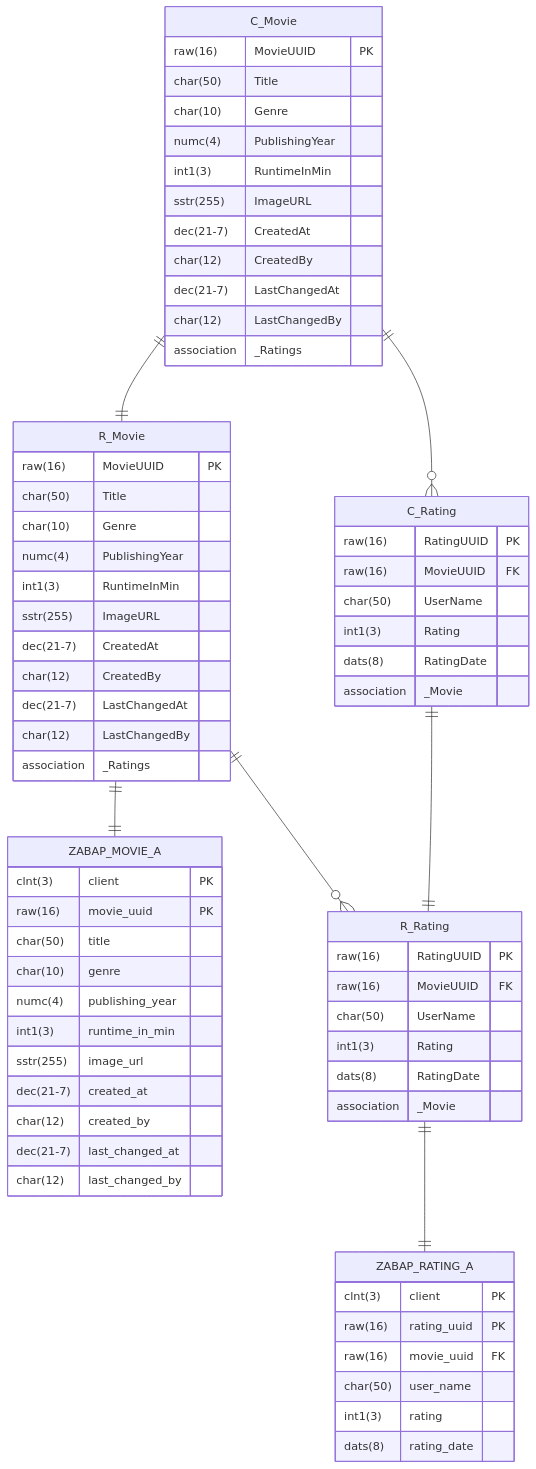
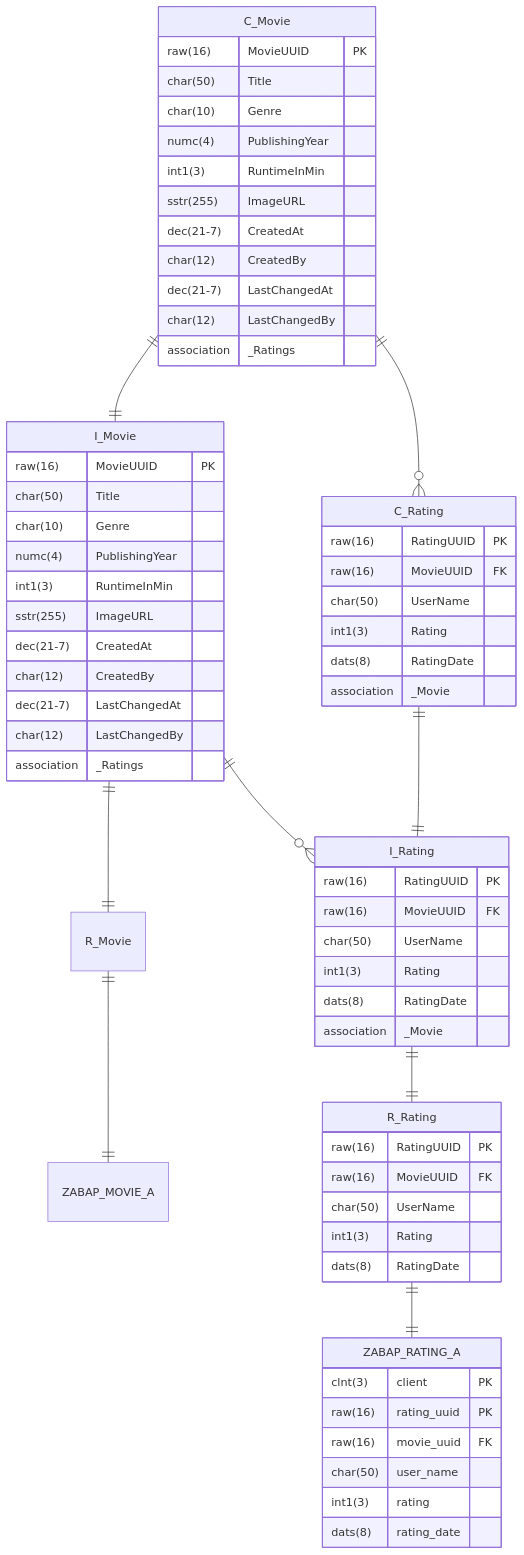
The diagram in docs/exercises/rap/rap-02.md (appenmaier/s4hana), drawn with Mermaid before and after one commit. The commit also changed other lines of this file and 4 other files, not shown here.

````diff
--- a/docs/exercises/rap/rap-02.md
+++ b/docs/exercises/rap/rap-02.md
@@ -16,78 +16,74 @@
 ```mermaid
 erDiagram
     R_Movie ||--|| ZABAP_MOVIE_A  : ""
-    C_Movie ||--|| R_Movie  : ""
+    I_Movie ||--|| R_Movie  : ""
+    C_Movie ||--|| I_Movie  : ""
     R_Rating ||--|| ZABAP_RATING_A : ""
-    C_Rating ||--|| R_Rating : ""
-    R_Movie ||--o{ R_Rating : ""
+    I_Rating ||--|| R_Rating : ""
+    C_Rating ||--|| I_Rating : ""
+    I_Movie ||--o{ I_Rating : ""
     C_Movie ||--o{ C_Rating : ""
 
     ZABAP_RATING_A {
         clnt(3) client PK
         raw(16) rating_uuid PK
         raw(16) movie_uuid FK
         char(50) user_name
         int1(3) rating
         dats(8) rating_date
     }
 
     R_Rating {
         raw(16) RatingUUID PK
         raw(16) MovieUUID FK
         char(50) UserName
         int1(3) Rating
         dats(8) RatingDate
+    }
+
+    I_Rating {
+        raw(16) RatingUUID PK
+        raw(16) MovieUUID FK
+        char(50) UserName
+        int1(3) Rating
+        dats(8) RatingDate
         association _Movie
     }
 
     C_Rating {
         raw(16) RatingUUID PK
         raw(16) MovieUUID FK
         char(50) UserName
         int1(3) Rating
         dats(8) RatingDate
         association _Movie
     }
 
-    ZABAP_MOVIE_A {
-        clnt(3) client PK
-        raw(16) movie_uuid PK
-        char(50) title
-        char(10) genre
-        numc(4) publishing_year
-        int1(3) runtime_in_min
-        sstr(255) image_url
-        dec(21-7) created_at
-        char(12) created_by
-        dec(21-7) last_changed_at
-        char(12) last_changed_by
-    }
-
-    R_Movie {
+    I_Movie {
         raw(16) MovieUUID PK
         char(50) Title
         char(10) Genre
         numc(4) PublishingYear
         int1(3) RuntimeInMin
         sstr(255) ImageURL
         dec(21-7) CreatedAt
         char(12) CreatedBy
         dec(21-7) LastChangedAt
         char(12) LastChangedBy
         association _Ratings
     }
 
     C_Movie {
         raw(16) MovieUUID PK
         char(50) Title
         char(10) Genre
         numc(4) PublishingYear
         int1(3) RuntimeInMin
         sstr(255) ImageURL
         dec(21-7) CreatedAt
         char(12) CreatedBy
         dec(21-7) LastChangedAt
         char(12) LastChangedBy
         association _Ratings
     }
 ```
````
